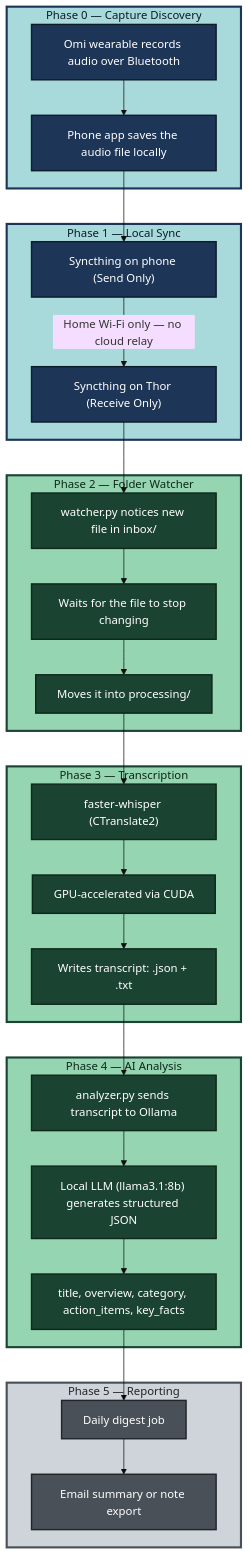
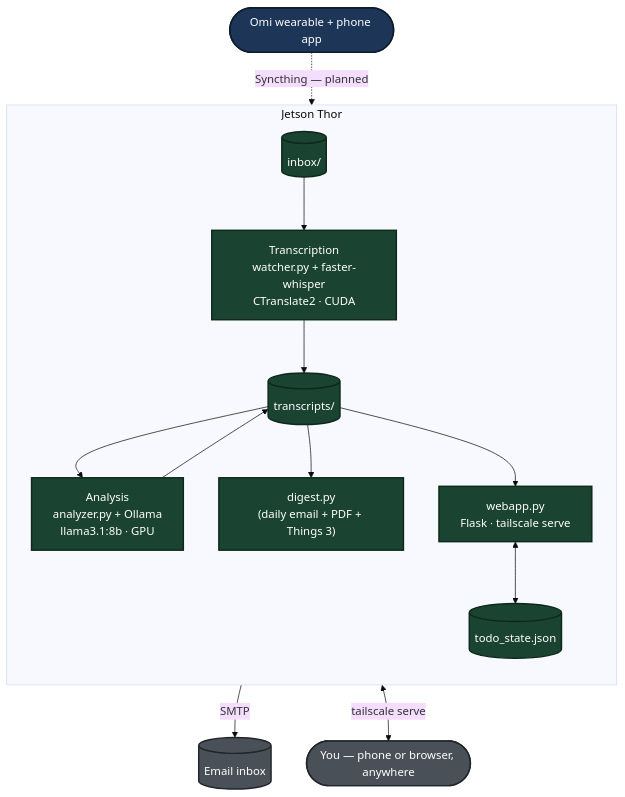
Before and after one commit to sneakysquid-git/locus-tether: the diagram in README.md, drawn with Mermaid (base theme). The commit also changed other lines of this file, not shown here.

Commit message:
Add Omi intro section, drop phase-status diagram, fix architecture diagram (vertical, no background patch)

````diff
--- a/README.md
+++ b/README.md
@@ -28,62 +35,38 @@
 ```mermaid
-flowchart TD
-    subgraph P0["Phase 0 — Capture Discovery"]
-        A1[Omi wearable records audio over Bluetooth]
-        A2[Phone app saves the audio file locally]
-        A1 --> A2
+flowchart TB
+    Omi(["Omi wearable + phone app"])
+
+    subgraph Thor["Jetson Thor"]
+        direction TB
+        Inbox[("inbox/")]
+        Transcribe["Transcription<br/>watcher.py + faster-whisper<br/>CTranslate2 · CUDA"]
+        Transcripts[("transcripts/")]
+        Analysis["Analysis<br/>analyzer.py + Ollama<br/>llama3.1:8b · GPU"]
+        Digest["digest.py<br/>(daily email + PDF + Things 3)"]
+        Webapp["webapp.py<br/>Flask · tailscale serve"]
+        TodoState[("todo_state.json")]
+
+        Inbox --> Transcribe
+        Transcribe --> Transcripts
+        Transcripts --> Analysis
+        Analysis --> Transcripts
+        Transcripts --> Digest
+        Transcripts --> Webapp
+        Webapp <--> TodoState
     end
 
-    subgraph P1["Phase 1 — Local Sync"]
-        B1["Syncthing on phone (Send Only)"]
-        B2["Syncthing on Thor (Receive Only)"]
-        B1 -->|"Home Wi-Fi only — no cloud relay"| B2
-    end
+    EmailInbox[("Email inbox")]
+    You(["You — phone or browser, anywhere"])
 
-    subgraph P2["Phase 2 — Folder Watcher"]
-        C1["watcher.py notices new file in inbox/"]
-        C2["Waits for the file to stop changing"]
-        C3["Moves it into processing/"]
-        C1 --> C2 --> C3
-    end
+    Omi -.->|"Syncthing — planned"| Thor
+    Thor -->|SMTP| EmailInbox
+    Thor <-->|"tailscale serve"| You
 
-    subgraph P3["Phase 3 — Transcription"]
-        D1["faster-whisper (CTranslate2)"]
-        D2["GPU-accelerated via CUDA"]
-        D3["Writes transcript: .json + .txt"]
-        D1 --> D2 --> D3
-    end
+    classDef done fill:#1b4332,stroke:#0d2818,color:#ffffff,stroke-width:2px
+    classDef planned fill:#1d3557,stroke:#0d1b2a,color:#ffffff,stroke-width:2px
+    classDef extern fill:#495057,stroke:#212529,color:#ffffff,stroke-width:2px
 
-    subgraph P4["Phase 4 — AI Analysis"]
-        E1["analyzer.py sends transcript to Ollama"]
-        E2["Local LLM (llama3.1:8b) generates structured JSON"]
-        E3["title, overview, category, action_items, key_facts"]
-        E1 --> E2 --> E3
-    end
-
-    subgraph P5["Phase 5 — Reporting"]
-        F1["Daily digest job"]
-        F2["Email summary or note export"]
-        F1 --> F2
-    end
-
-    A2 --> B1
-    B2 --> C1
-    C3 --> D1
-    D3 --> E1
-    E3 --> F1
-
-    classDef doneNode fill:#1b4332,stroke:#0d2818,color:#ffffff,stroke-width:2px
-    classDef blockedNode fill:#1d3557,stroke:#0d1b2a,color:#ffffff,stroke-width:2px
-    classDef todoNode fill:#495057,stroke:#212529,color:#ffffff,stroke-width:2px
-
-    class A1,A2,B1,B2 blockedNode
-    class C1,C2,C3,D1,D2,D3,E1,E2,E3 doneNode
-    class F1,F2 todoNode
-
-    style P0 fill:#a8dadc,stroke:#1d3557,color:#0d1b2a,stroke-width:3px
-    style P1 fill:#a8dadc,stroke:#1d3557,color:#0d1b2a,stroke-width:3px
-    style P2 fill:#95d5b2,stroke:#1b4332,color:#0d2818,stroke-width:3px
-    style P3 fill:#95d5b2,stroke:#1b4332,color:#0d2818,stroke-width:3px
-    style P4 fill:#95d5b2,stroke:#1b4332,color:#0d2818,stroke-width:3px
-    style P5 fill:#ced4da,stroke:#495057,color:#212529,stroke-width:3px
+    class Omi planned
+    class Inbox,Transcribe,Transcripts,Analysis,Digest,Webapp,TodoState done
+    class You,EmailInbox extern
 ```
````
